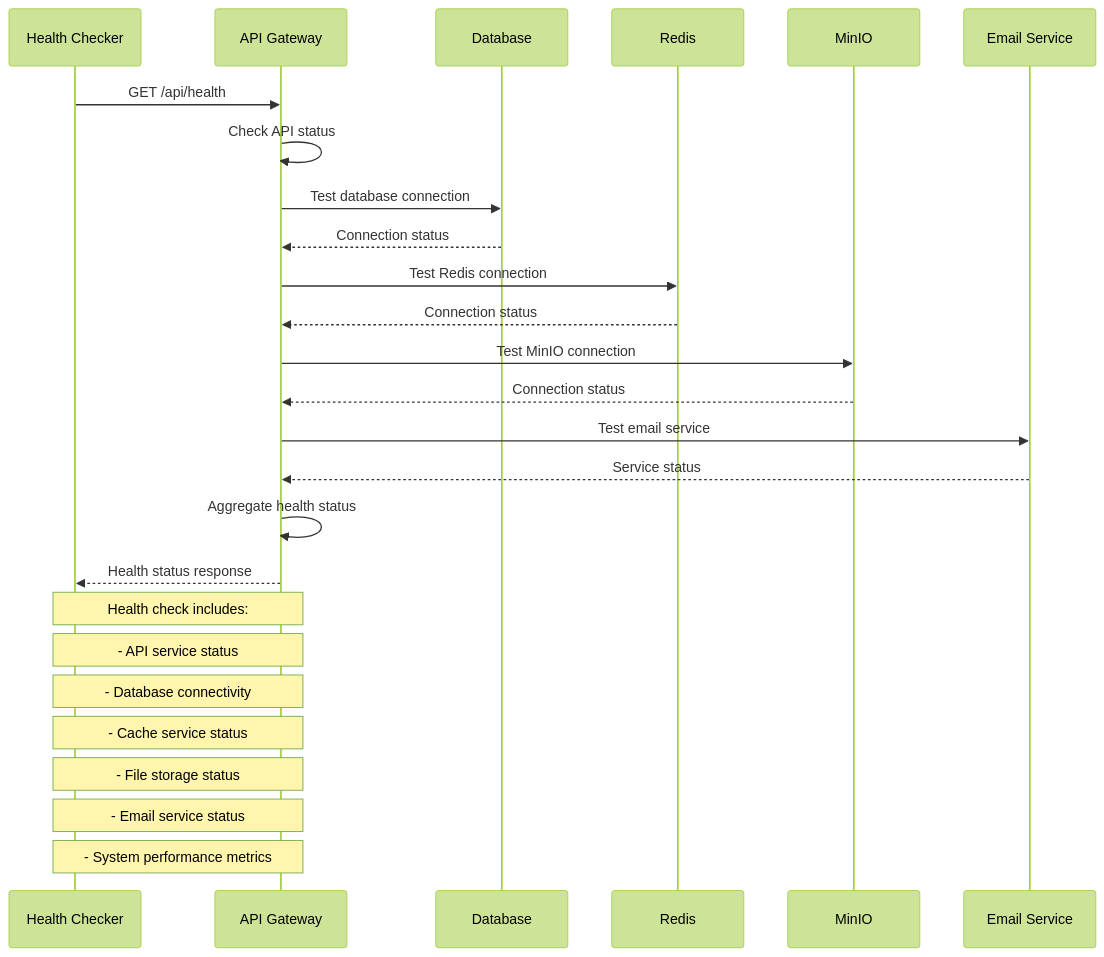
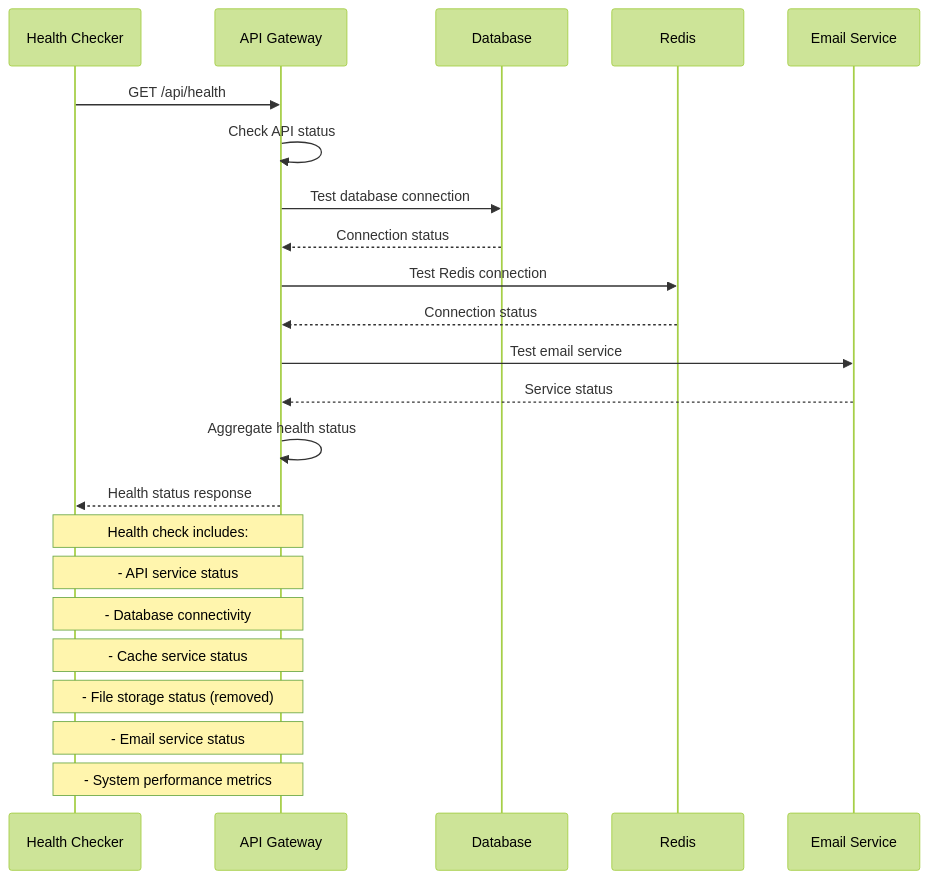
One commit to sbikelly/fuep_api changed diagram 14 of 19 in docs/sequence-diagrams.md. Above: the diagram before and after it, drawn with Mermaid (forest theme). The commit also changed other lines of this file and 60 other files, not shown here.

````diff
--- a/docs/sequence-diagrams.md
+++ b/docs/sequence-diagrams.md
@@ -564,31 +542,30 @@
 ```mermaid
 sequenceDiagram
     participant H as Health Checker
     participant A as API Gateway
     participant DB as Database
     participant R as Redis
-    participant M as MinIO
+    # MinIO removed - documents module no longer exists
     participant E as Email Service
 
     H->>A: GET /api/health
     A->>A: Check API status
     A->>DB: Test database connection
     DB-->>A: Connection status
     A->>R: Test Redis connection
     R-->>A: Connection status
-    A->>M: Test MinIO connection
-    M-->>A: Connection status
+    # MinIO health check removed - documents module no longer exists
     A->>E: Test email service
     E-->>A: Service status
 
     A->>A: Aggregate health status
     A-->>H: Health status response
 
     Note over H,A: Health check includes:
     Note over H,A: - API service status
     Note over H,A: - Database connectivity
     Note over H,A: - Cache service status
-    Note over H,A: - File storage status
+    Note over H,A: - File storage status (removed)
     Note over H,A: - Email service status
     Note over H,A: - System performance metrics
 ```
````
